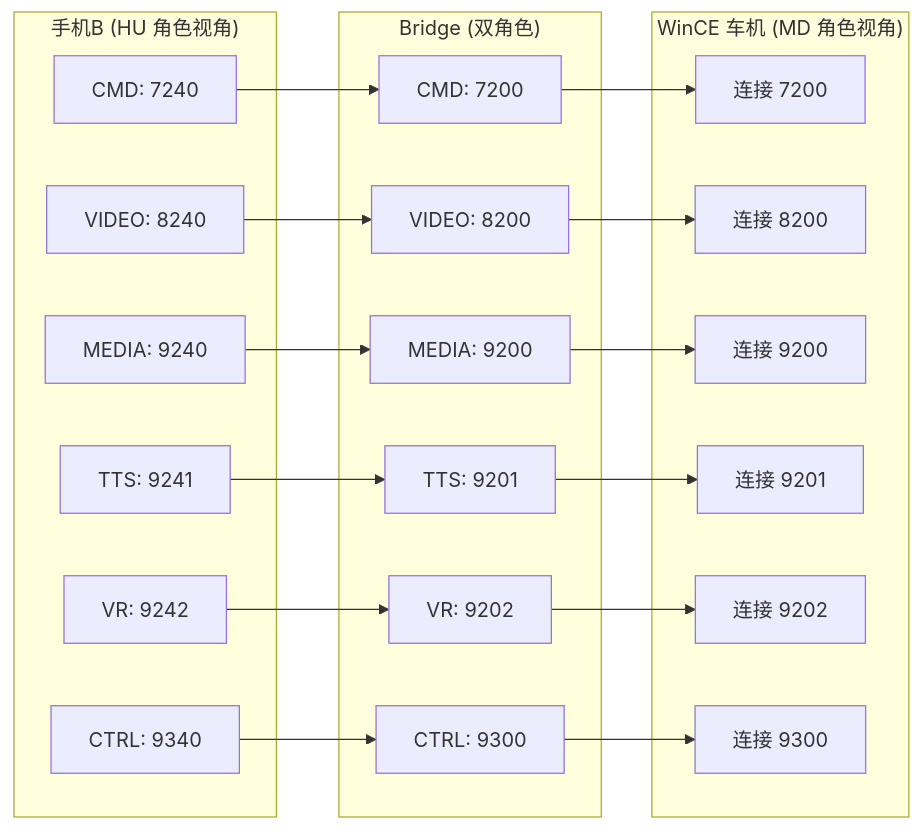
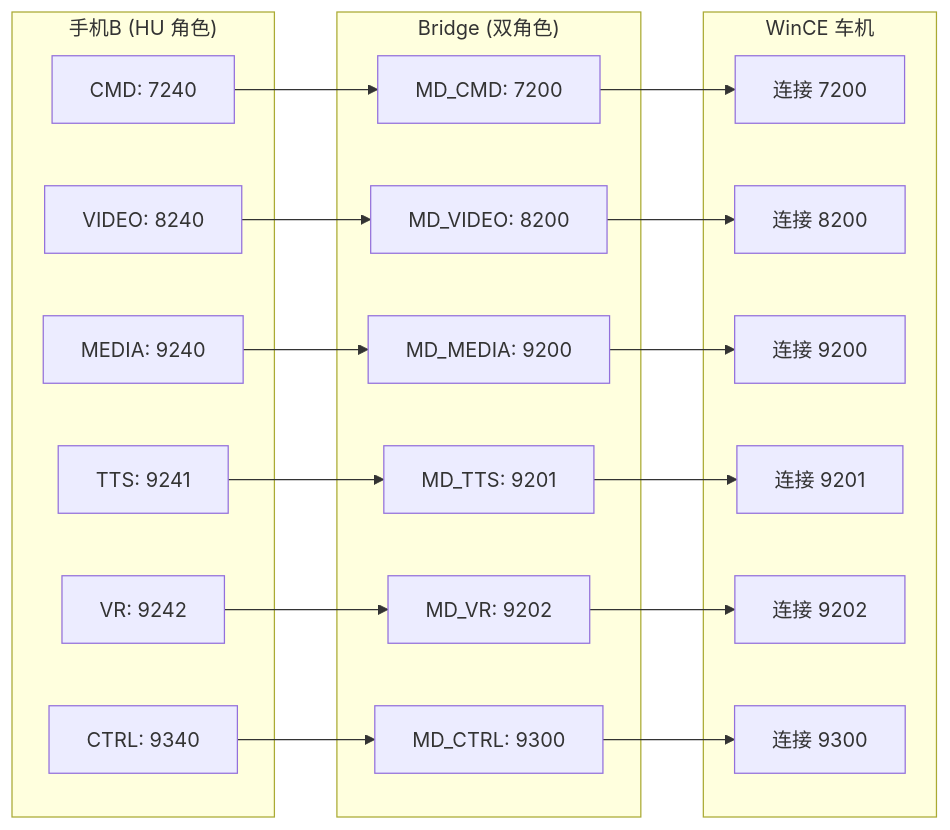
The third of 3 diagrams in docs/ARCHITECTURE.md (pitate7777777/CarLifeWirelessBox), drawn with Mermaid before and after one commit. The commit also changed other lines of this file and 2 other files, not shown here.

````diff
--- a/docs/ARCHITECTURE.md
+++ b/docs/ARCHITECTURE.md
@@ -266,43 +241,42 @@
 ```mermaid
 graph LR
-    subgraph "手机B (HU 角色视角)"
+    subgraph "手机B (HU 角色)"
         H1[CMD: 7240]
         H2[VIDEO: 8240]
         H3[MEDIA: 9240]
         H4[TTS: 9241]
         H5[VR: 9242]
         H6[CTRL: 9340]
     end
     
     subgraph "Bridge (双角色)"
-        B1[CMD: 7200]
-        B2[VIDEO: 8200]
-        B3[MEDIA: 9200]
-        B4[TTS: 9201]
-        B5[VR: 9202]
-        B6[CTRL: 9300]
+        B1[MD_CMD: 7200]
+        B2[MD_VIDEO: 8200]
+        B3[MD_MEDIA: 9200]
+        B4[MD_TTS: 9201]
+        B5[MD_VR: 9202]
+        B6[MD_CTRL: 9300]
     end
     
-    subgraph "WinCE 车机 (MD 角色视角)"
+    subgraph "WinCE 车机"
         C1[连接 7200]
         C2[连接 8200]
         C3[连接 9200]
         C4[连接 9201]
         C5[连接 9202]
         C6[连接 9300]
     end
     
     H1 --> B1
     H2 --> B2
     H3 --> B3
     H4 --> B4
     H5 --> B5
     H6 --> B6
-    
     B1 --> C1
     B2 --> C2
     B3 --> C3
     B4 --> C4
     B5 --> C5
     B6 --> C6
 ```
````
